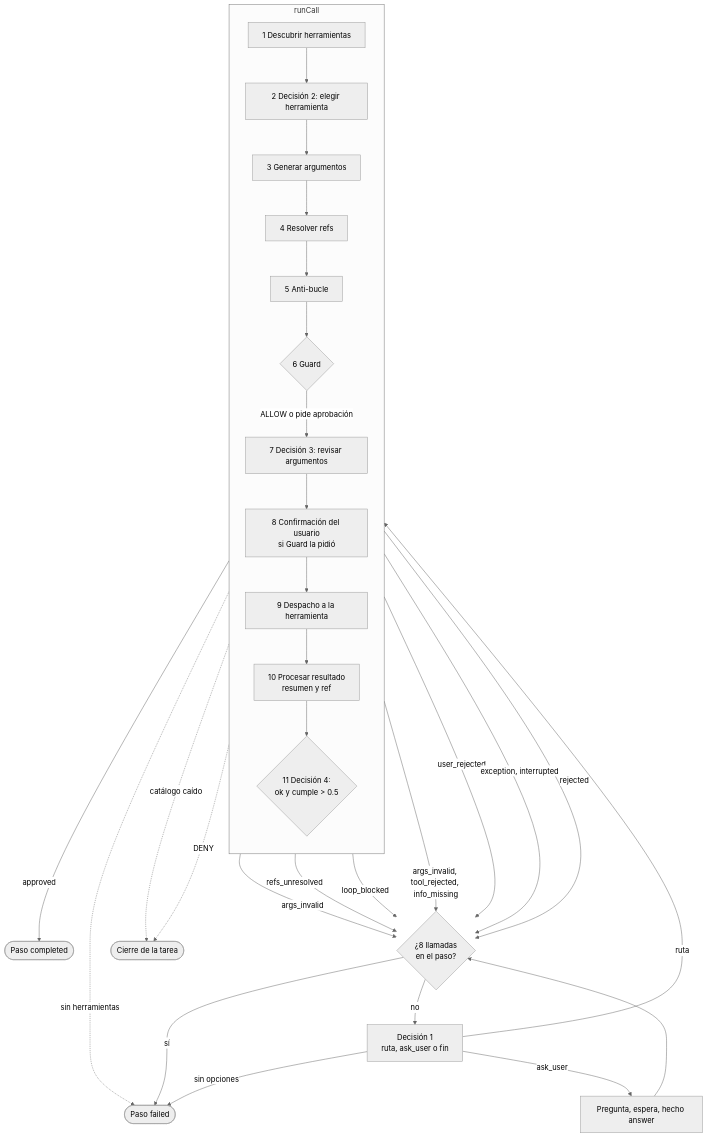
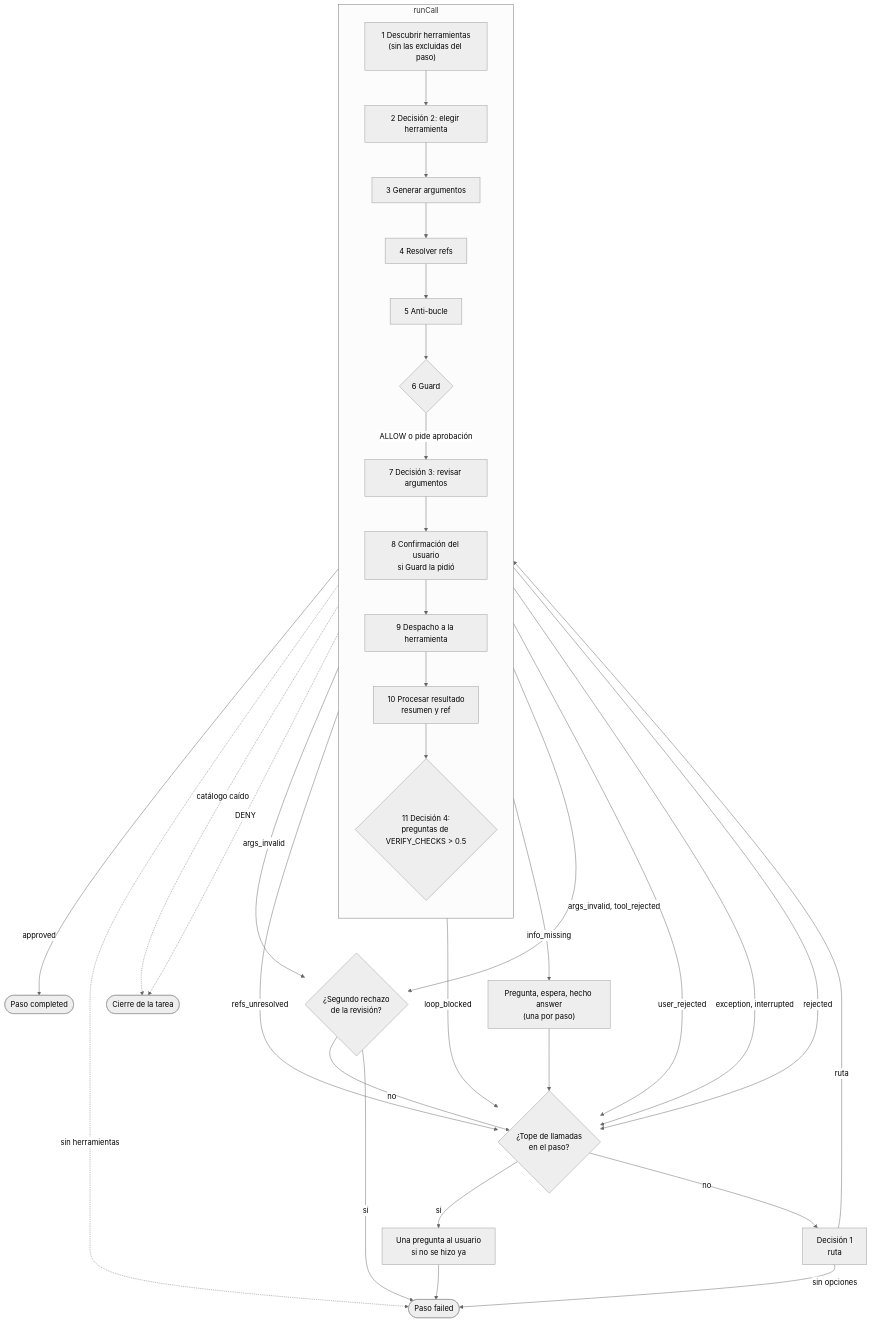
The second of 2 diagrams in docs/CORE_FLOW.md (HugoFucksmann/jarvv), drawn with Mermaid (neutral theme) before and after one commit. The commit also changed other lines of this file and 38 other files, not shown here.

````diff
--- a/docs/CORE_FLOW.md
+++ b/docs/CORE_FLOW.md
@@ -56,35 +59,37 @@
 ```mermaid
 flowchart TD
-    A{"¿8 llamadas<br/>en el paso?"} -->|sí| FAIL(["Paso failed"])
-    A -->|no| D1["Decisión 1<br/>ruta, ask_user o fin"]
+    A{"¿Tope de llamadas<br/>en el paso?"} -->|sí| QCAP["Una pregunta al usuario<br/>si no se hizo ya"] --> FAIL(["Paso failed"])
+    A -->|no| D1["Decisión 1<br/>ruta"]
     D1 -->|sin opciones| FAIL
-    D1 -->|ask_user| Q["Pregunta, espera, hecho answer"] --> A
     D1 -->|ruta| C1
 
     subgraph CALL ["runCall"]
         direction TB
-        C1["1 Descubrir herramientas"] --> C2["2 Decisión 2: elegir herramienta"]
+        C1["1 Descubrir herramientas<br/>(sin las excluidas del paso)"] --> C2["2 Decisión 2: elegir herramienta"]
         C2 --> C3["3 Generar argumentos"]
         C3 --> C4["4 Resolver refs"]
         C4 --> C5["5 Anti-bucle"]
         C5 --> C6{"6 Guard"}
         C6 -->|ALLOW o pide aprobación| C7["7 Decisión 3: revisar argumentos"]
         C7 --> C8["8 Confirmación del usuario<br/>si Guard la pidió"]
         C8 --> C9["9 Despacho a la herramienta"]
         C9 --> C10["10 Procesar resultado<br/>resumen y ref"]
-        C10 --> C11{"11 Decisión 4:<br/>ok y cumple > 0.5"}
+        C10 --> C11{"11 Decisión 4:<br/>preguntas de VERIFY_CHECKS > 0.5"}
     end
 
     C11 -->|approved| DONE(["Paso completed"])
 
     C1 -.->|sin herramientas| FAIL
     C1 -.->|catálogo caído| CLOSE(["Cierre de la tarea"])
     C6 -.->|DENY| CLOSE
-    C3 -->|args_invalid| A
+    C3 -->|args_invalid| R
     C4 -->|refs_unresolved| A
     C5 -->|loop_blocked| A
-    C7 -->|args_invalid, tool_rejected, info_missing| A
+    C7 -->|info_missing| Q["Pregunta, espera, hecho answer<br/>(una por paso)"] --> A
+    C7 -->|args_invalid, tool_rejected| R{"¿Segundo rechazo<br/>de la revisión?"}
+    R -->|no| A
+    R -->|sí| FAIL
     C8 -->|user_rejected| A
     C9 -->|exception, interrupted| A
     C11 -->|rejected| A
 ```
````
